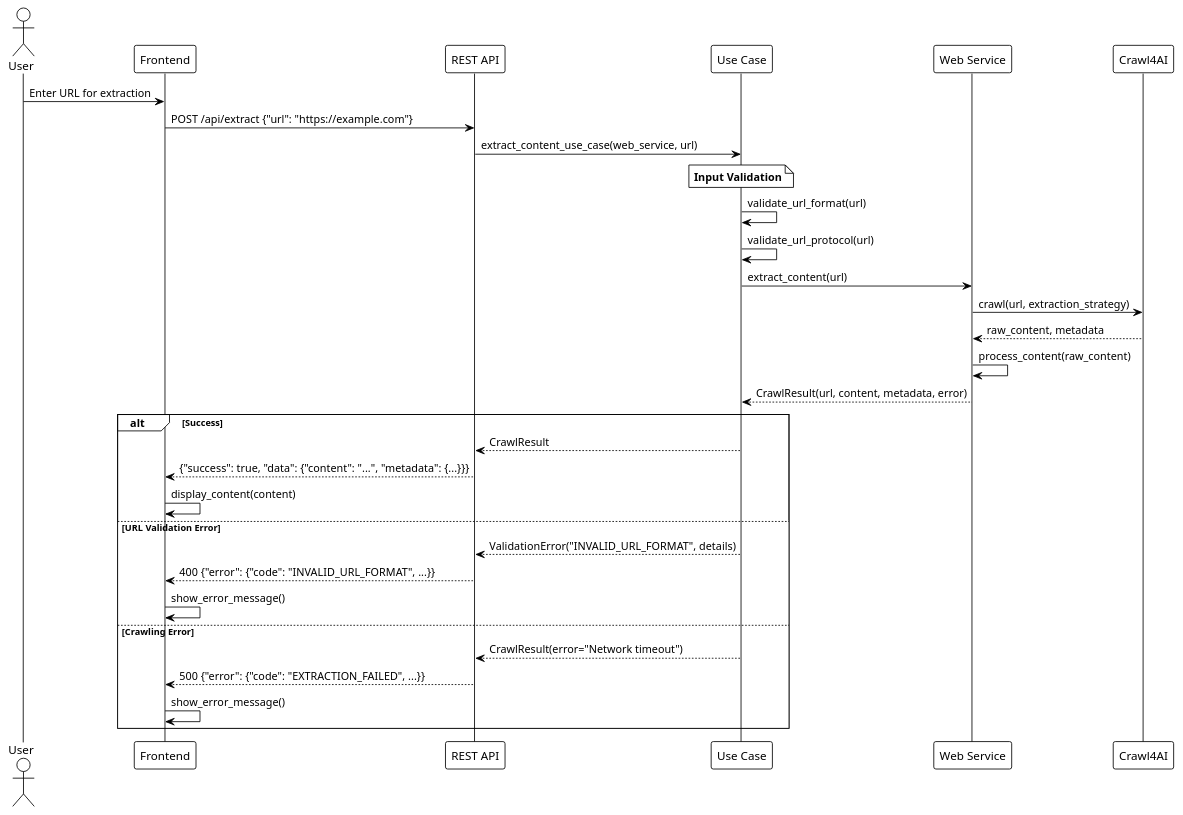
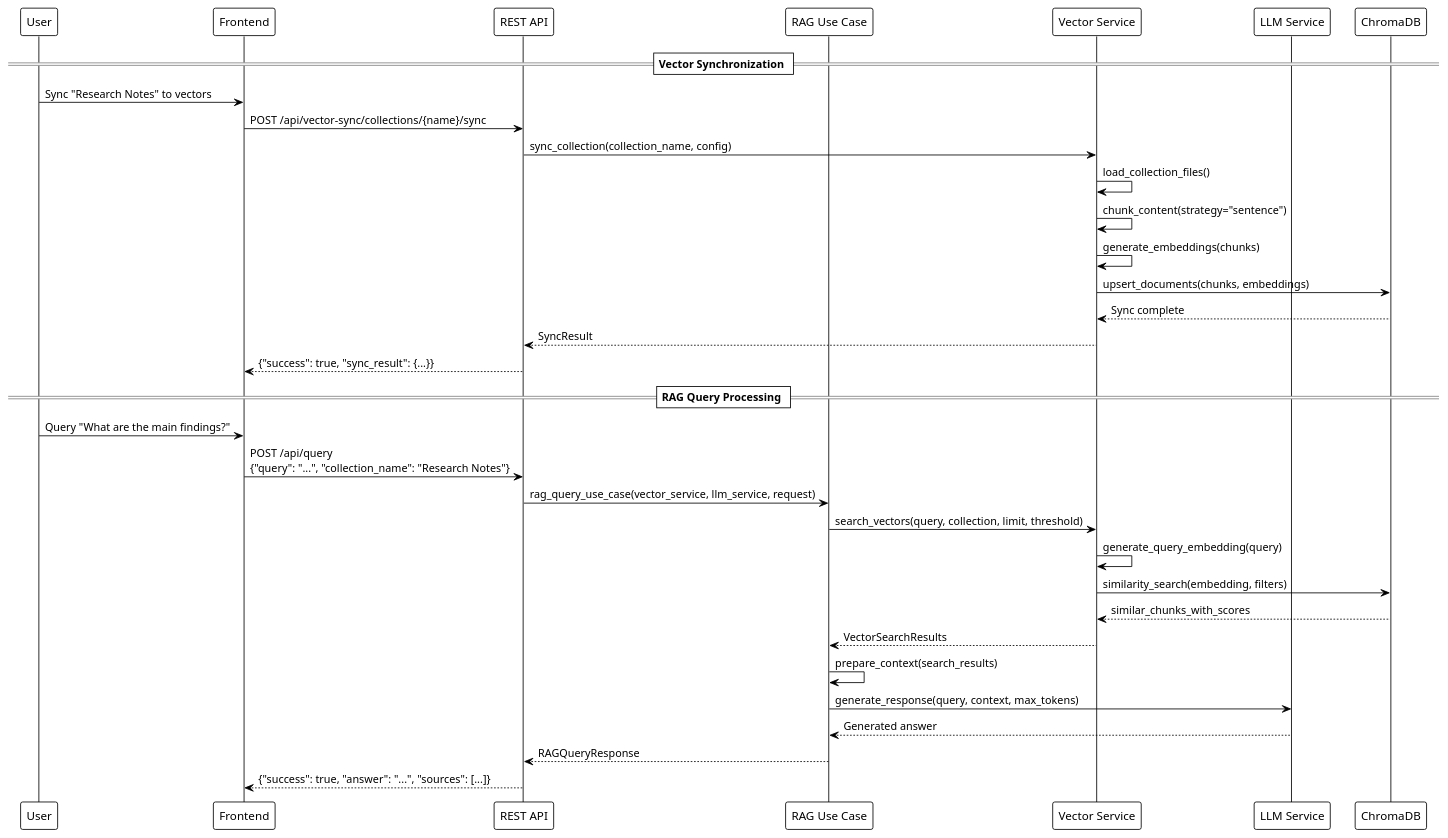
The sixth of 13 diagrams in docs/ARCHITECTURE.md (fwegener83/crawl4ai-mcp-server), drawn with PlantUML before and after one commit. The commit also changed other lines of this file and 36 other files, not shown here.

````diff
--- a/docs/ARCHITECTURE.md
+++ b/docs/ARCHITECTURE.md
@@ -602,42 +415,43 @@
 ```puml
-@startuml Web Content Extraction
+@startuml rag_workflow
 !theme plain
 
-actor User
+participant "User" as User
 participant "Frontend" as FE
 participant "REST API" as API
-participant "Use Case" as UC
-participant "Web Service" as WS
-participant "Crawl4AI" as C4AI
+participant "RAG Use Case" as RAG
+participant "Vector Service" as VS
+participant "LLM Service" as LLM
+participant "ChromaDB" as CDB
 
-User -> FE: Enter URL for extraction
-FE -> API: POST /api/extract {"url": "https://example.com"}
+== Vector Synchronization ==
+User -> FE: Sync "Research Notes" to vectors
+FE -> API: POST /api/vector-sync/collections/{name}/sync
+API -> VS: sync_collection(collection_name, config)
+VS -> VS: load_collection_files()
+VS -> VS: chunk_content(strategy="sentence")
+VS -> VS: generate_embeddings(chunks)
+VS -> CDB: upsert_documents(chunks, embeddings)
+CDB --> VS: Sync complete
+VS --> API: SyncResult
+API --> FE: {"success": true, "sync_result": {...}}
 
-API -> UC: extract_content_use_case(web_service, url)
+== RAG Query Processing ==
+User -> FE: Query "What are the main findings?"
+FE -> API: POST /api/query\n{"query": "...", "collection_name": "Research Notes"}
+API -> RAG: rag_query_use_case(vector_service, llm_service, request)
 
-note over UC: **Input Validation**
-UC -> UC: validate_url_format(url)
-UC -> UC: validate_url_protocol(url)
+RAG -> VS: search_vectors(query, collection, limit, threshold)
+VS -> VS: generate_query_embedding(query)
+VS -> CDB: similarity_search(embedding, filters)
+CDB --> VS: similar_chunks_with_scores
+VS --> RAG: VectorSearchResults
 
-UC -> WS: extract_content(url)
-WS -> C4AI: crawl(url, extraction_strategy)
-C4AI --> WS: raw_content, metadata
-WS -> WS: process_content(raw_content)
-WS --> UC: CrawlResult(url, content, metadata, error)
-
-alt Success
-  UC --> API: CrawlResult
-  API --> FE: {"success": true, "data": {"content": "...", "metadata": {...}}}
-  FE -> FE: display_content(content)
-else URL Validation Error
-  UC --> API: ValidationError("INVALID_URL_FORMAT", details)
-  API --> FE: 400 {"error": {"code": "INVALID_URL_FORMAT", ...}}
-  FE -> FE: show_error_message()
-else Crawling Error
-  UC --> API: CrawlResult(error="Network timeout")
-  API --> FE: 500 {"error": {"code": "EXTRACTION_FAILED", ...}}
-  FE -> FE: show_error_message()
-end
+RAG -> RAG: prepare_context(search_results)
+RAG -> LLM: generate_response(query, context, max_tokens)
+LLM --> RAG: Generated answer
+RAG --> API: RAGQueryResponse
+API --> FE: {"success": true, "answer": "...", "sources": [...]}
 
 @enduml
 ```
````
